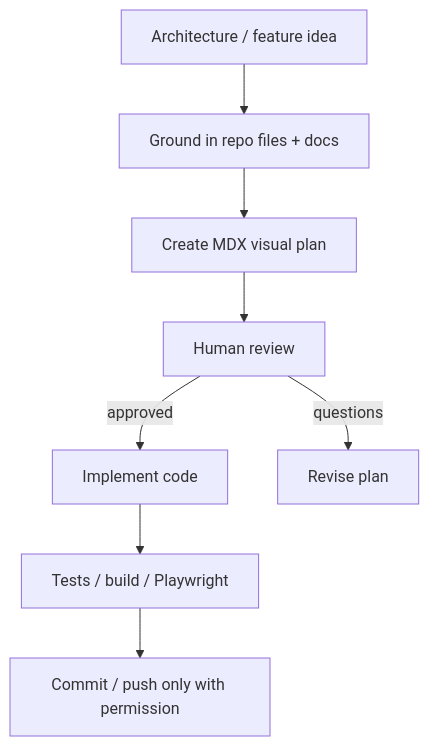
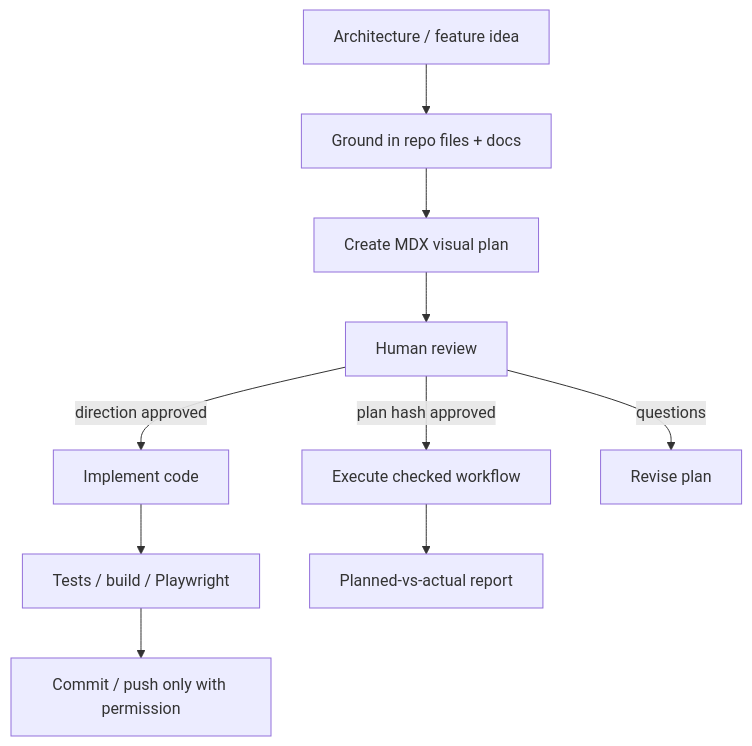
The diagram in plans/visual-plan-review-surface/plan.mdx (HomenShum/NodeRoom), drawn with Mermaid before and after one commit. The commit also changed other lines of this file and 130 other files, not shown here.

````diff
--- a/plans/visual-plan-review-surface/plan.mdx
+++ b/plans/visual-plan-review-surface/plan.mdx
@@ -9,10 +9,12 @@
 ```mermaid
 flowchart TD
   Idea[Architecture / feature idea] --> Gather[Ground in repo files + docs]
   Gather --> VP[Create MDX visual plan]
   VP --> Review[Human review]
-  Review -->|approved| Build[Implement code]
+  Review -->|direction approved| Build[Implement code]
+  Review -->|plan hash approved| Execute[Execute checked workflow]
   Review -->|questions| Revise[Revise plan]
   Build --> Verify[Tests / build / Playwright]
+  Execute --> Actual[Planned-vs-actual report]
   Verify --> Ship[Commit / push only with permission]
 ```
````
